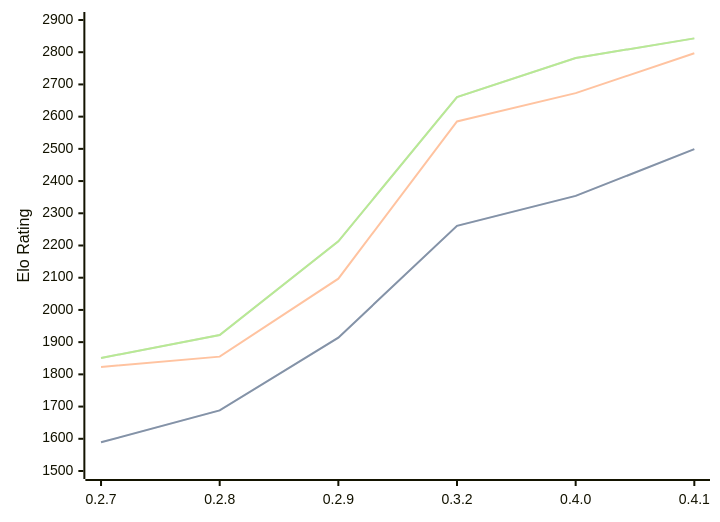
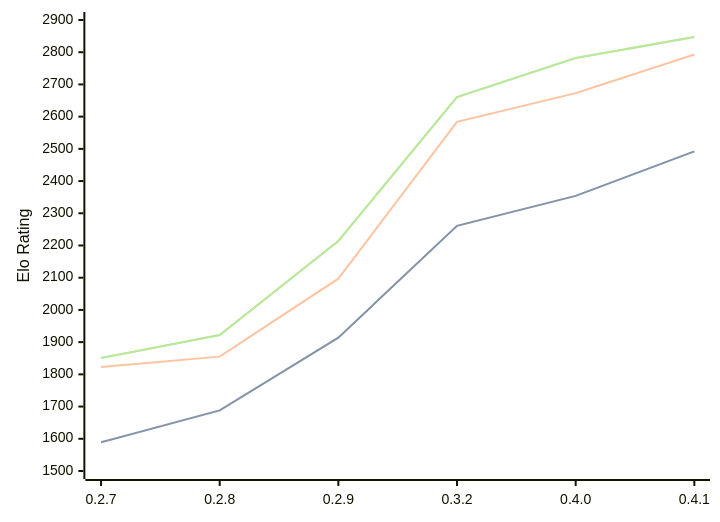
One commit to computer-chess-index/cci changed the diagram in engines/Dual.md. Above: the diagram before and after it, drawn with Mermaid. The commit also changed other lines of this file, not shown here.

Commit message:
Update CCI Ratings (ELO VLTC) - 2026-08-07

````diff
--- a/engines/Dual.md
+++ b/engines/Dual.md
@@ -38,11 +38,11 @@
 ```mermaid
 %%{init: {"theme":"base","themeVariables":{"seriesColors:['#a3a3a3','#222221','#faa371']}}}%%
 xychart-beta
   x-axis ["0.2.7", "0.2.8", "0.2.9", "0.3.2", "0.4.0", "0.4.1"]
   y-axis "Elo Rating" 1500 --> 2900
-  line "STC (8.0+0.08s)" [1589, 1688, 1914, 2261, 2354, 2499]
-  line "STC (8.0+0.08s)" [1589, 1688, 1914, 2261, 2354, 2499]
-  line "LTC (60.0+0.60s)" [1823, 1855, 2097, 2585, 2673, 2797]
-  line "VLTC (2m24s+1.12s)" [1851, 1922, 2213, 2661, 2782, 2843]
-  line "VLTC (2m24s+1.12s)" [1851, 1922, 2213, 2661, 2782, 2843]
+  line "STC (8.0+0.08s)" [1589, 1688, 1914, 2261, 2354, 2492]
+  line "STC (8.0+0.08s)" [1589, 1688, 1914, 2261, 2354, 2492]
+  line "LTC (60.0+0.60s)" [1823, 1855, 2097, 2584, 2673, 2793]
+  line "VLTC (2m24s+1.12s)" [1851, 1922, 2214, 2661, 2782, 2847]
+  line "VLTC (2m24s+1.12s)" [1851, 1922, 2214, 2661, 2782, 2847]
 ```
````
